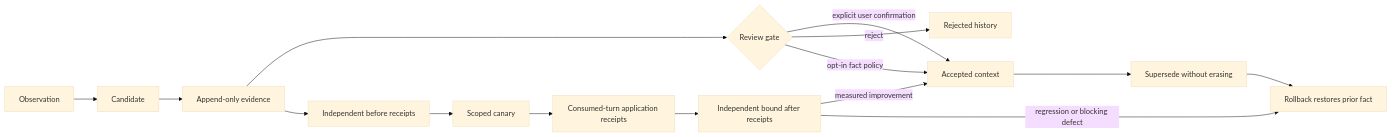
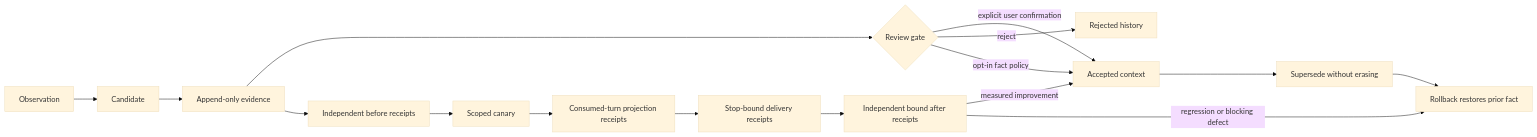
One commit to Maykbiletti/AgentSpine changed the diagram in docs/learning.md. Above: the diagram before and after it, drawn with Mermaid (base theme). The commit also changed other lines of this file and 23 other files, not shown here.

````diff
--- a/docs/learning.md
+++ b/docs/learning.md
@@ -5,17 +5,18 @@
 ```mermaid
 flowchart LR
     O["Observation"] --> C["Candidate"]
     C --> E["Append-only evidence"]
     E --> R{"Review gate"}
     R -->|"explicit user confirmation"| A["Accepted context"]
     R -->|"reject"| X["Rejected history"]
     R -->|"opt-in fact policy"| A
     E --> M["Independent before receipts"]
     M --> K["Scoped canary"]
-    K --> P["Consumed-turn application receipts"]
-    P --> N["Independent bound after receipts"]
+    K --> P["Consumed-turn projection receipts"]
+    P --> D["Stop-bound delivery receipts"]
+    D --> N["Independent bound after receipts"]
     N -->|"measured improvement"| A
     N -->|"regression or blocking defect"| B["Automatic rollback"]
     A --> S["Supersede without erasing"]
     S --> B["Rollback restores prior fact"]
 ```
````
